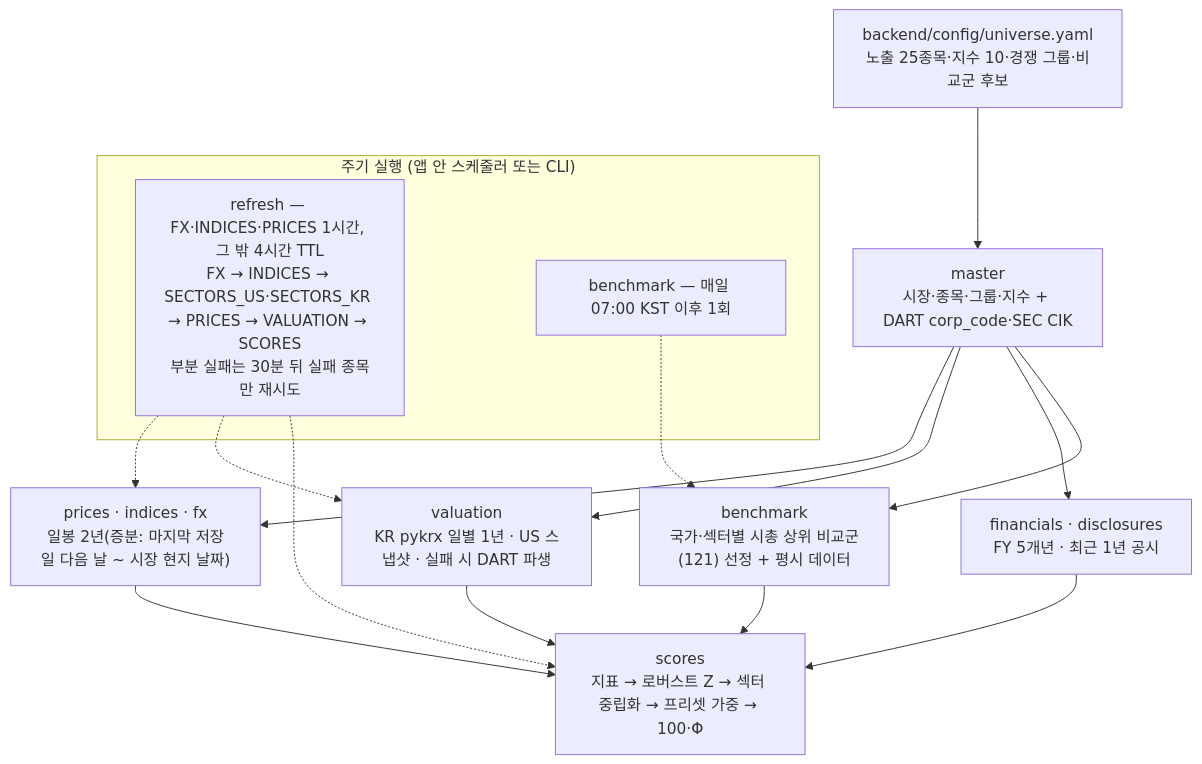
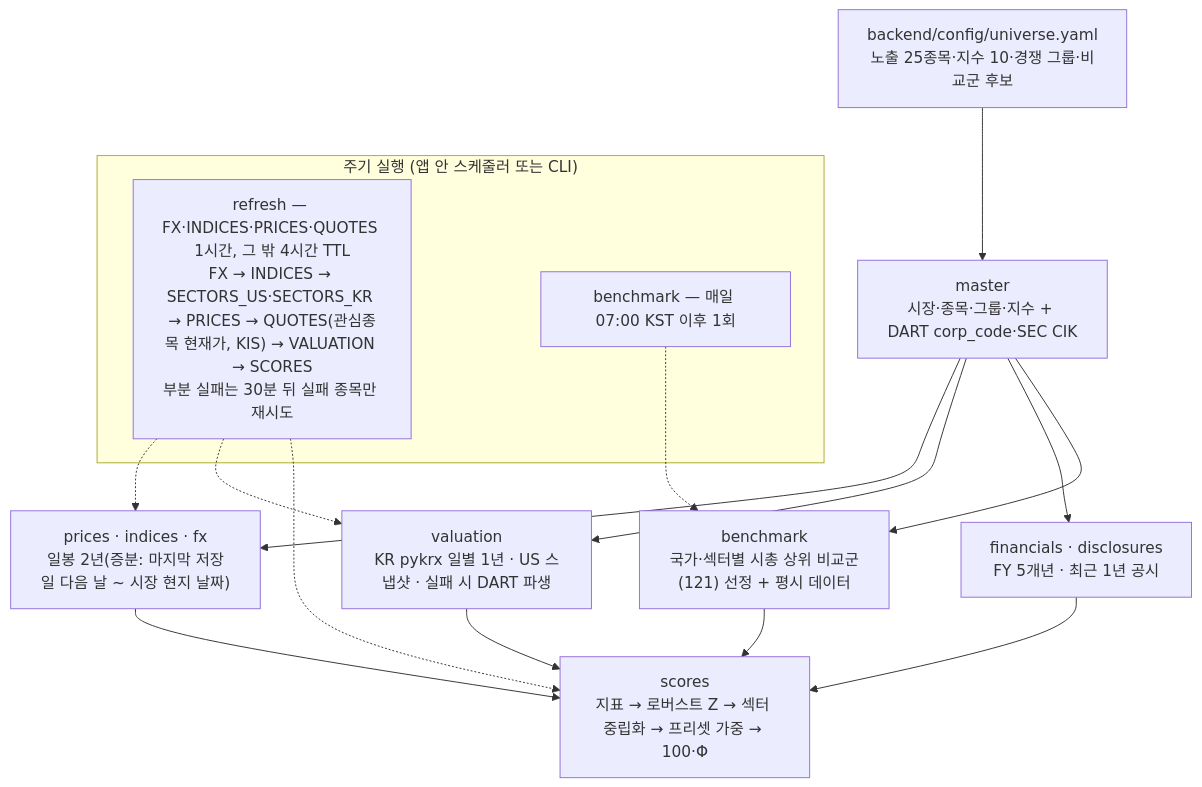
The second of 3 diagrams in 개발산출물/architecture.md (Hunseokc/ax_class_semiproject), drawn with Mermaid before and after one commit. The commit also changed 24 other files, not shown here.

First line of the commit message:
feat(quote): 관심종목·상세 화면 현재가(KIS 국내·미국)

````diff
--- a/개발산출물/architecture.md
+++ b/개발산출물/architecture.md
@@ -56,16 +56,16 @@
 ```mermaid
 flowchart TD
   U["backend/config/universe.yaml<br/>노출 25종목·지수 10·경쟁 그룹·비교군 후보"] --> M["master<br/>시장·종목·그룹·지수 + DART corp_code·SEC CIK"]
   M --> P["prices · indices · fx<br/>일봉 2년(증분: 마지막 저장일 다음 날 ~ 시장 현지 날짜)"]
   M --> V["valuation<br/>KR pykrx 일별 1년 · US 스냅샷 · 실패 시 DART 파생"]
   M --> F["financials · disclosures<br/>FY 5개년 · 최근 1년 공시"]
   P & V & F --> S["scores<br/>지표 → 로버스트 Z → 섹터 중립화 → 프리셋 가중 → 100·Φ"]
   M --> B["benchmark<br/>국가·섹터별 시총 상위 비교군(121) 선정 + 평시 데이터"]
   B --> S
   subgraph RUN["주기 실행 (앱 안 스케줄러 또는 CLI)"]
-    RF["refresh — FX·INDICES·PRICES 1시간, 그 밖 4시간 TTL<br/>FX → INDICES → SECTORS_US·SECTORS_KR → PRICES → VALUATION → SCORES<br/>부분 실패는 30분 뒤 실패 종목만 재시도"]
+    RF["refresh — FX·INDICES·PRICES·QUOTES 1시간, 그 밖 4시간 TTL<br/>FX → INDICES → SECTORS_US·SECTORS_KR → PRICES → QUOTES(관심종목 현재가, KIS) → VALUATION → SCORES<br/>부분 실패는 30분 뒤 실패 종목만 재시도"]
     BD["benchmark — 매일 07:00 KST 이후 1회"]
   end
   RF -.-> P & V & S
   BD -.-> B
 ```
````
